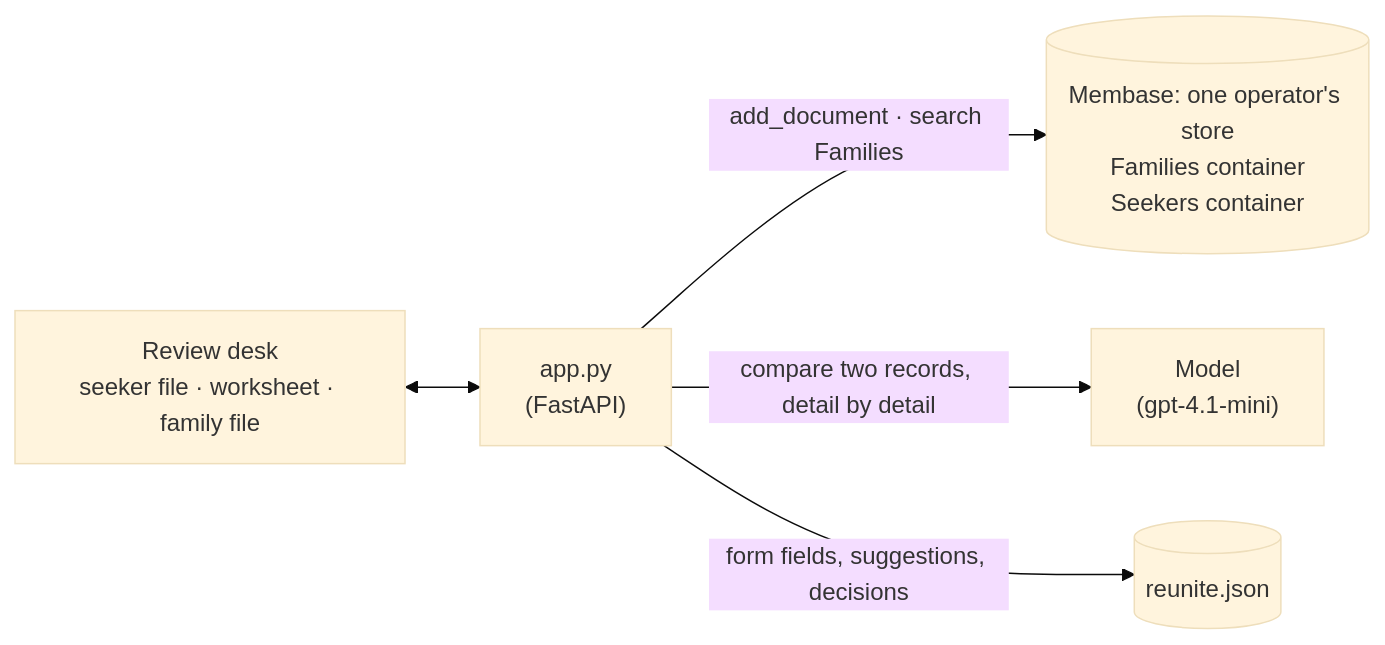
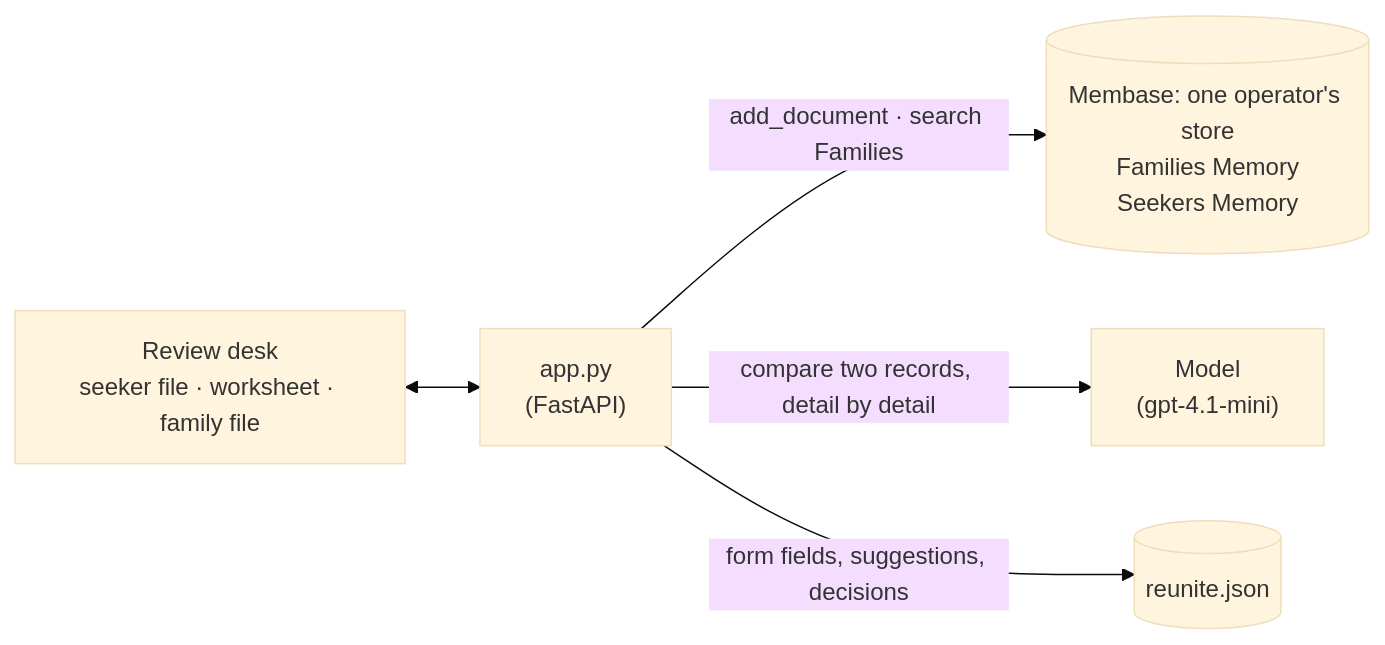
One commit to unibaseio/membase-use-cases changed the diagram in 15-reunite/README.md. Above: the diagram before and after it, drawn with Mermaid (base theme). The commit also changed other lines of this file and 55 other files, not shown here.

````diff
--- a/15-reunite/README.md
+++ b/15-reunite/README.md
@@ -38,7 +38,7 @@
 ```mermaid
 flowchart LR
   P["Review desk<br/>seeker file · worksheet · family file"] <--> A["app.py<br/>(FastAPI)"]
-  A -- "add_document · search Families" --> M[("Membase: one operator's store<br/>Families container<br/>Seekers container")]
+  A -- "add_document · search Families" --> M[("Membase: one operator's store<br/>Families Memory<br/>Seekers Memory")]
   A -- "compare two records, detail by detail" --> L["Model<br/>(gpt-4.1-mini)"]
   A -- "form fields, suggestions, decisions" --> J[("reunite.json")]
 ```
````
